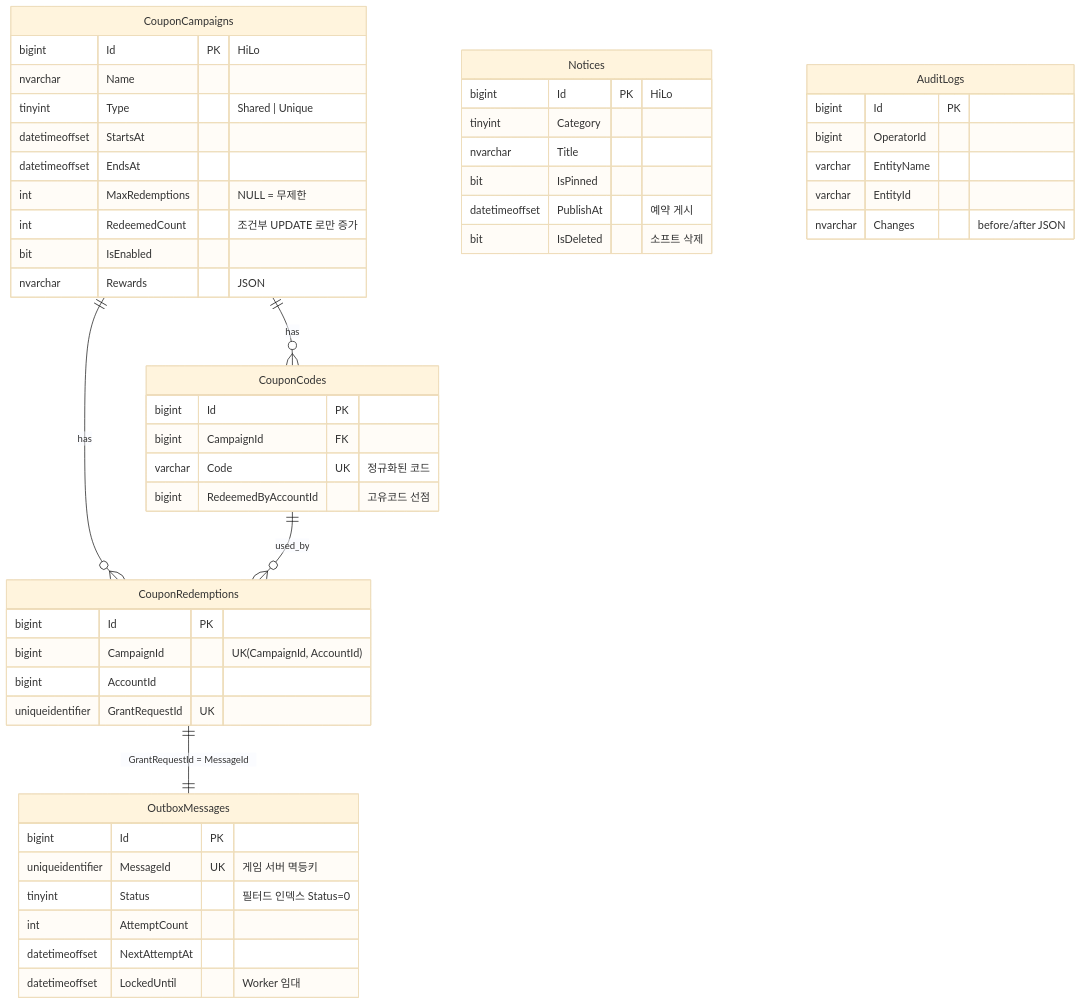
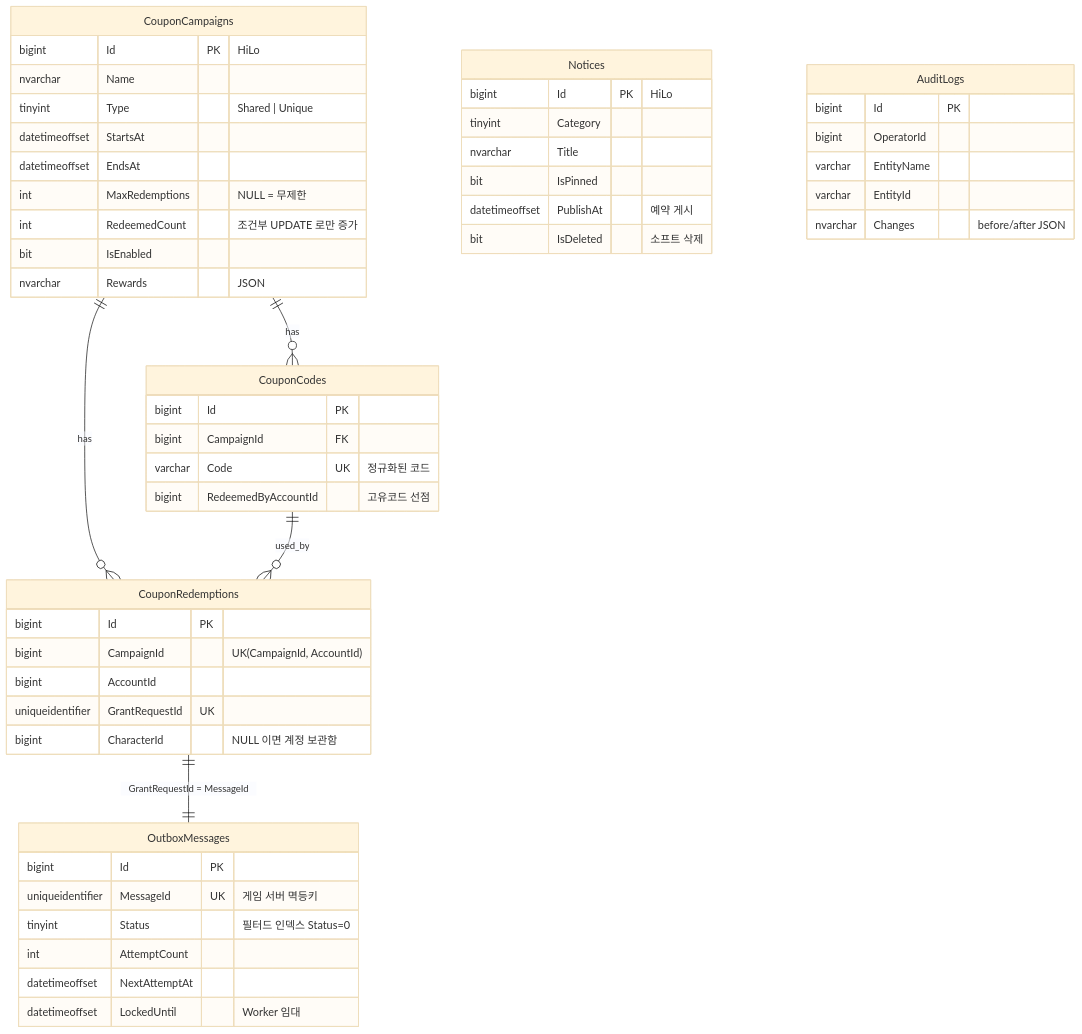
The third of 4 diagrams in docs/ARCHITECTURE.md (hyunolike/game-portal-poc), drawn with Mermaid (base theme) before and after one commit. The commit also changed other lines of this file and 47 other files, not shown here.

````diff
--- a/docs/ARCHITECTURE.md
+++ b/docs/ARCHITECTURE.md
@@ -176,54 +187,55 @@
 ```mermaid
 erDiagram
     CouponCampaigns ||--o{ CouponCodes : has
     CouponCampaigns ||--o{ CouponRedemptions : has
     CouponCodes ||--o{ CouponRedemptions : used_by
     CouponRedemptions ||--|| OutboxMessages : "GrantRequestId = MessageId"
 
     CouponCampaigns {
         bigint Id PK "HiLo"
         nvarchar Name
         tinyint Type "Shared | Unique"
         datetimeoffset StartsAt
         datetimeoffset EndsAt
         int MaxRedemptions "NULL = 무제한"
         int RedeemedCount "조건부 UPDATE 로만 증가"
         bit IsEnabled
         nvarchar Rewards "JSON"
     }
     CouponCodes {
         bigint Id PK
         bigint CampaignId FK
         varchar Code UK "정규화된 코드"
         bigint RedeemedByAccountId "고유코드 선점"
     }
     CouponRedemptions {
         bigint Id PK
         bigint CampaignId "UK(CampaignId, AccountId)"
         bigint AccountId
         uniqueidentifier GrantRequestId UK
+        bigint CharacterId "NULL 이면 계정 보관함"
     }
     OutboxMessages {
         bigint Id PK
         uniqueidentifier MessageId UK "게임 서버 멱등키"
         tinyint Status "필터드 인덱스 Status=0"
         int AttemptCount
         datetimeoffset NextAttemptAt
         datetimeoffset LockedUntil "Worker 임대"
     }
     Notices {
         bigint Id PK "HiLo"
         tinyint Category
         nvarchar Title
         bit IsPinned
         datetimeoffset PublishAt "예약 게시"
         bit IsDeleted "소프트 삭제"
     }
     AuditLogs {
         bigint Id PK
         bigint OperatorId
         varchar EntityName
         varchar EntityId
         nvarchar Changes "before/after JSON"
     }
 ```
````
